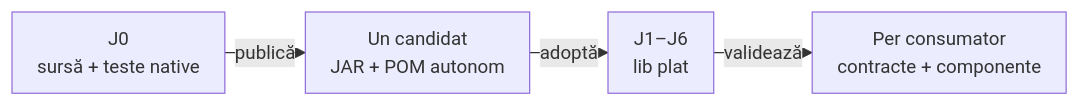
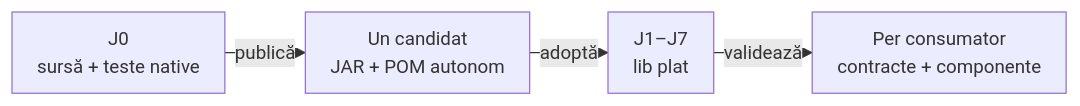
One commit to crististefanita/atf_j0 changed the diagram in docs/ATF_Platform_Libraries.md. Above: the diagram before and after it, drawn with Mermaid. The commit also changed other lines of this file and 28 other files, not shown here.

````diff
--- a/docs/ATF_Platform_Libraries.md
+++ b/docs/ATF_Platform_Libraries.md
@@ -33,7 +34,7 @@
 ```mermaid
 %%{init: {"themeVariables":{"fontSize":"15px"},"themeCSS":".nodeLabel, .nodeLabel p { font-size: 15px !important; line-height: 1.35 !important; } .edgeLabel, .edgeLabel p { font-size: 12px !important; font-weight: 400 !important; line-height: 1.2 !important; } .edgeLabel .labelBkg, .edgeLabel p { background: transparent !important; } .edgeLabel foreignObject { transform: translateY(-18px); overflow: visible; } .node rect { rx: 6px; ry: 6px; }","flowchart":{"curve":"linear","nodeSpacing":24,"rankSpacing":16,"padding":10,"diagramPadding":16}}}%%
 flowchart LR
     Source["J0<br/>sursă + teste native"] -->|publică| Pair["Un candidat<br/>JAR + POM autonom"]
-    Pair -->|adoptă| Lib["J1–J6<br/>lib plat"]
+    Pair -->|adoptă| Lib["J1–J7<br/>lib plat"]
     Lib -->|validează| Acceptance["Per consumator<br/>contracte + componente"]
 ```
````
